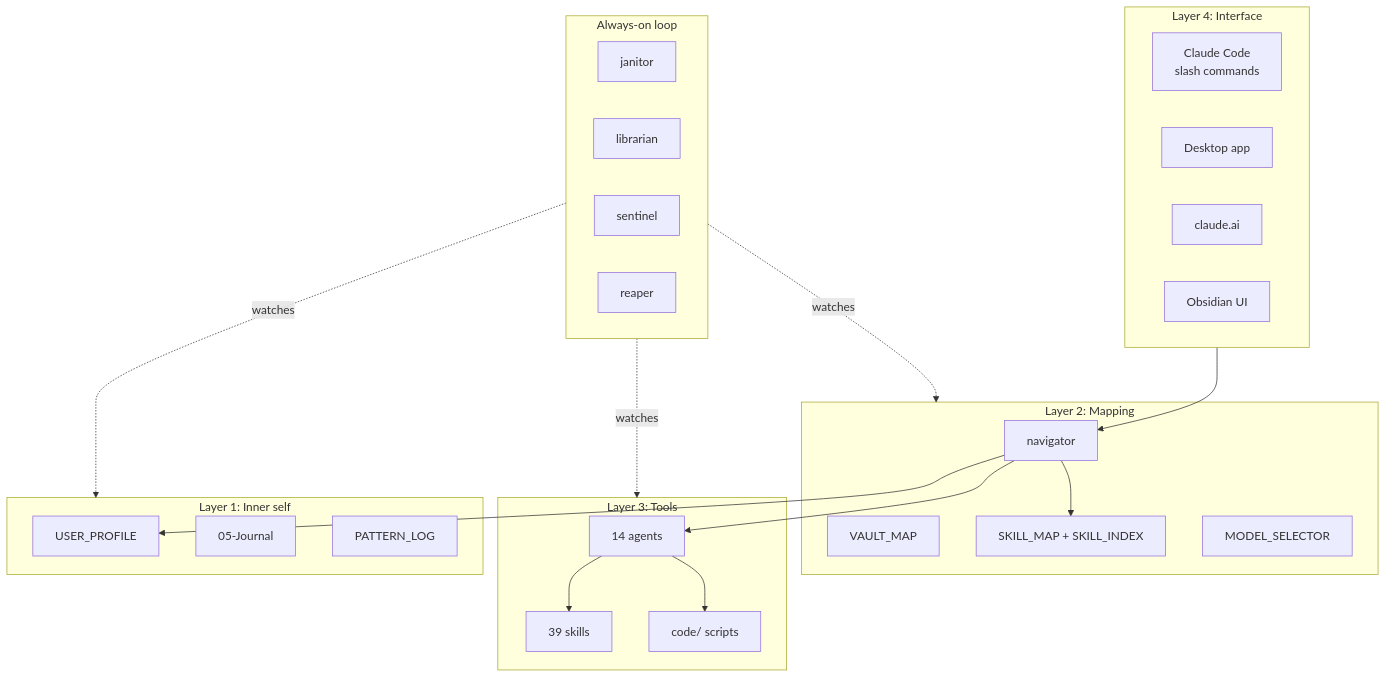
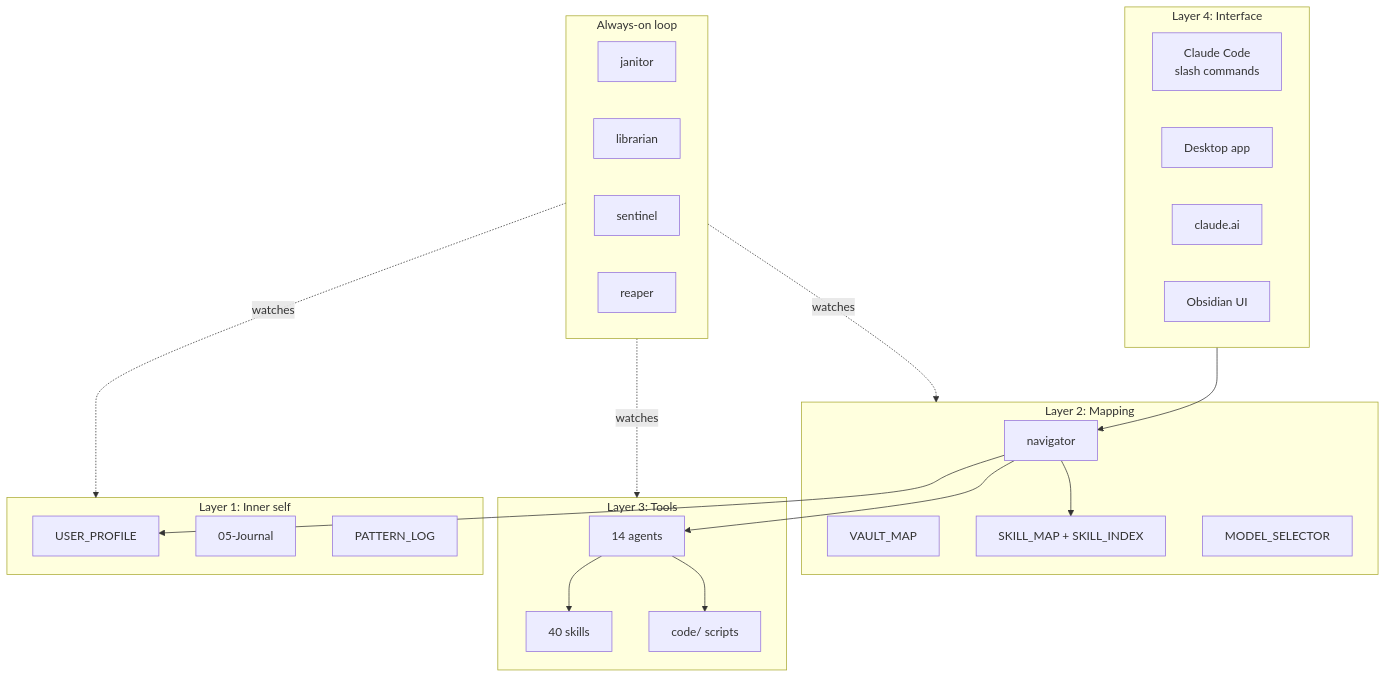
Before and after one commit to konark20/second-brain-for-claude: the first of 6 diagrams in docs/concepts.md, drawn with Mermaid. The commit also changed 34 other files, not shown here.

````diff
--- a/docs/concepts.md
+++ b/docs/concepts.md
@@ -18,40 +18,40 @@
 ```mermaid
 flowchart TB
     subgraph L4[Layer 4: Interface]
         CC[Claude Code<br/>slash commands]
         DA[Desktop app]
         WEB[claude.ai]
         OB[Obsidian UI]
     end
     subgraph L2[Layer 2: Mapping]
         NAV[navigator]
         VM[VAULT_MAP]
         SM[SKILL_MAP + SKILL_INDEX]
         MS[MODEL_SELECTOR]
     end
     subgraph L3[Layer 3: Tools]
         AG[14 agents]
-        SK[39 skills]
+        SK[40 skills]
         CODE[code/ scripts]
     end
     subgraph L1[Layer 1: Inner self]
         UP[USER_PROFILE]
         JR[05-Journal]
         PL[PATTERN_LOG]
     end
     subgraph LOOP[Always-on loop]
         JAN[janitor]
         LIB[librarian]
         SEN[sentinel]
         REA[reaper]
     end
     L4 --> NAV
     NAV --> UP
     NAV --> SM
     NAV --> AG
     AG --> SK
     AG --> CODE
     LOOP -.watches.-> L2
     LOOP -.watches.-> L3
     LOOP -.watches.-> L1
 ```
````
